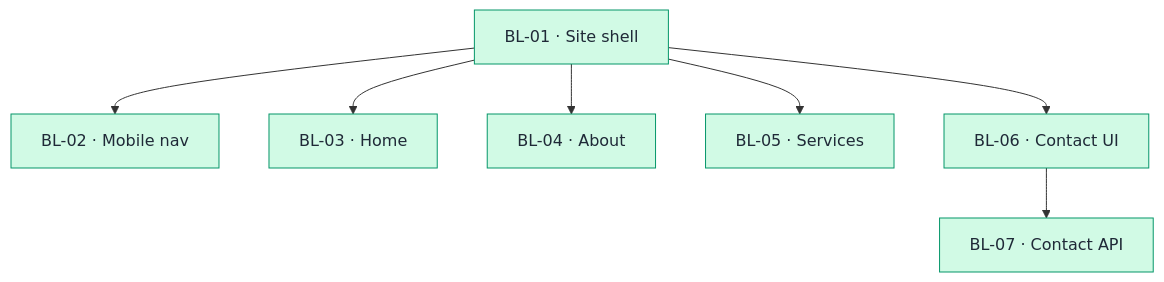
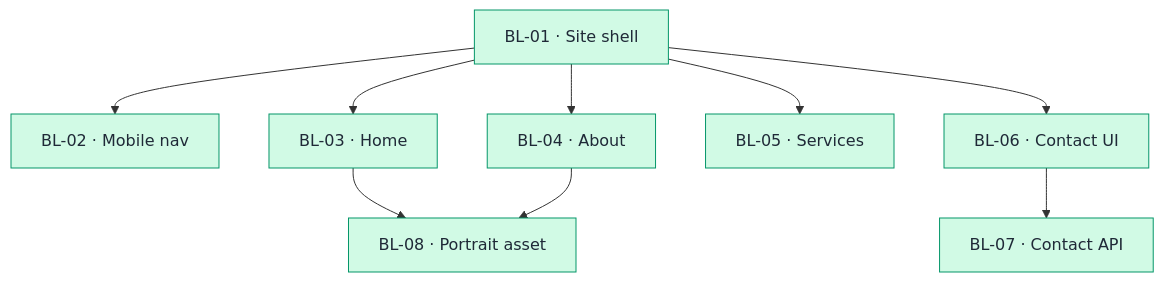
The diagram in 5-dev/backlog.md (mikeshoo35-a11y/medvedeva-site), drawn with Mermaid before and after one commit. The commit also changed other lines of this file and 4 other files, not shown here.

````diff
--- a/5-dev/backlog.md
+++ b/5-dev/backlog.md
@@ -29,22 +31,25 @@
 ```mermaid
 flowchart TD
     BL01["BL-01 · Site shell"]
     BL02["BL-02 · Mobile nav"]
     BL03["BL-03 · Home"]
     BL04["BL-04 · About"]
     BL05["BL-05 · Services"]
     BL06["BL-06 · Contact UI"]
     BL07["BL-07 · Contact API"]
+    BL08["BL-08 · Portrait asset"]
     BL01 --> BL02
     BL01 --> BL03
     BL01 --> BL04
     BL01 --> BL05
     BL01 --> BL06
     BL06 --> BL07
+    BL03 --> BL08
+    BL04 --> BL08
 
     classDef todo fill:#fef3c7,stroke:#d97706,color:#1f2937
     classDef inprogress fill:#dbeafe,stroke:#2563eb,color:#1f2937
     classDef done fill:#d1fae5,stroke:#059669,color:#1f2937
 
-    class BL01,BL02,BL03,BL04,BL05,BL06,BL07 done
+    class BL01,BL02,BL03,BL04,BL05,BL06,BL07,BL08 done
 ```
````
